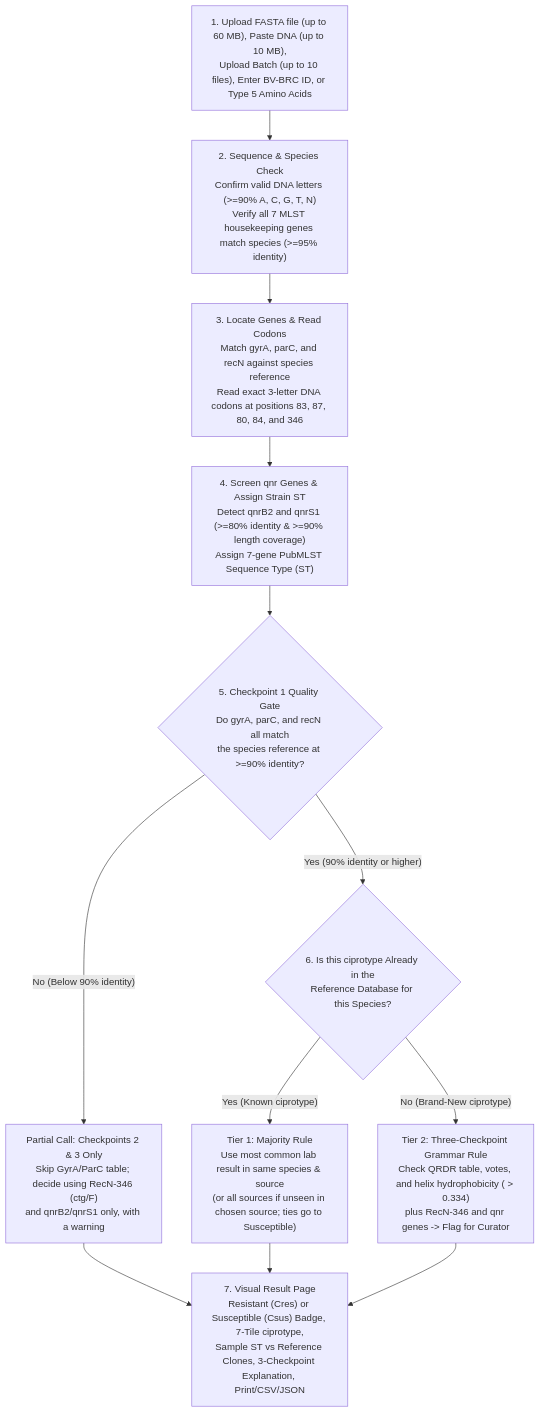
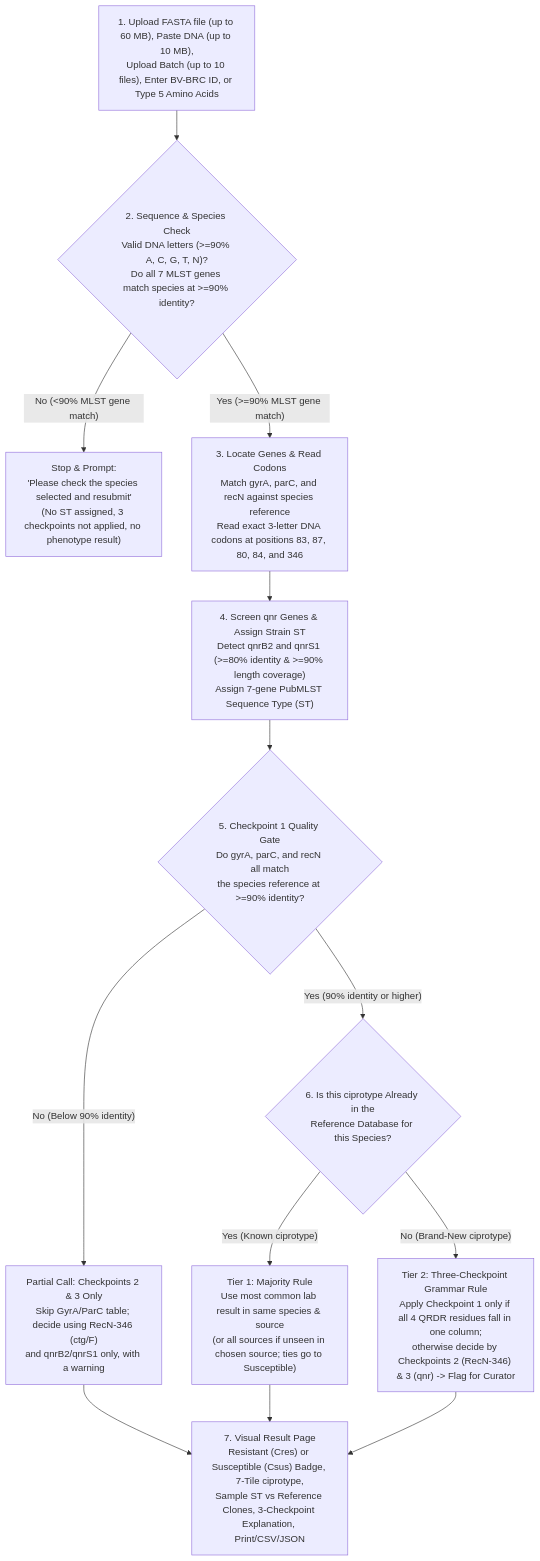
Before and after one commit to ikbalsk/Septatyper: the first of 3 diagrams in readme.md, drawn with Mermaid. The commit also changed other lines of this file and 1 other file, not shown here.

````diff
--- a/readme.md
+++ b/readme.md
@@ -82,14 +82,15 @@
 ```mermaid
 flowchart TD
-    A["1. Upload FASTA file (up to 60 MB), Paste DNA (up to 10 MB),<br/>Upload Batch (up to 10 files), Enter BV-BRC ID, or Type 5 Amino Acids"] --> B["2. Sequence & Species Check<br/>Confirm valid DNA letters (>=90% A, C, G, T, N)<br/>Verify all 7 MLST housekeeping genes match species (>=95% identity)"]
-    B --> C["3. Locate Genes & Read Codons<br/>Match gyrA, parC, and recN against species reference<br/>Read exact 3-letter DNA codons at positions 83, 87, 80, 84, and 346"]
+    A["1. Upload FASTA file (up to 60 MB), Paste DNA (up to 10 MB),<br/>Upload Batch (up to 10 files), Enter BV-BRC ID, or Type 5 Amino Acids"] --> B{"2. Sequence & Species Check<br/>Valid DNA letters (>=90% A, C, G, T, N)?<br/>Do all 7 MLST genes match species at >=90% identity?"}
+    B -- "No (<90% MLST gene match)" --> X["Stop & Prompt:<br/>'Please check the species selected and resubmit'<br/>(No ST assigned, 3 checkpoints not applied, no phenotype result)"]
+    B -- "Yes (>=90% MLST gene match)" --> C["3. Locate Genes & Read Codons<br/>Match gyrA, parC, and recN against species reference<br/>Read exact 3-letter DNA codons at positions 83, 87, 80, 84, and 346"]
     C --> D["4. Screen qnr Genes & Assign Strain ST<br/>Detect qnrB2 and qnrS1 (>=80% identity & >=90% length coverage)<br/>Assign 7-gene PubMLST Sequence Type (ST)"]
     D --> E{"5. Checkpoint 1 Quality Gate<br/>Do gyrA, parC, and recN all match<br/>the species reference at >=90% identity?"}
     E -- "No (Below 90% identity)" --> F["Partial Call: Checkpoints 2 & 3 Only<br/>Skip GyrA/ParC table; decide using RecN-346 (ctg/F)<br/>and qnrB2/qnrS1 only, with a warning"]
     E -- "Yes (90% identity or higher)" --> G{"6. Is this ciprotype Already in the<br/>Reference Database for this Species?"}
     G -- "Yes (Known ciprotype)" --> H["Tier 1: Majority Rule<br/>Use most common lab result in same species & source<br/>(or all sources if unseen in chosen source; ties go to Susceptible)"]
-    G -- "No (Brand-New ciprotype)" --> I["Tier 2: Three-Checkpoint Grammar Rule<br/>Check QRDR table, votes, and helix hydrophobicity (<H> > 0.334)<br/>plus RecN-346 and qnr genes -> Flag for Curator"]
+    G -- "No (Brand-New ciprotype)" --> I["Tier 2: Three-Checkpoint Grammar Rule<br/>Apply Checkpoint 1 only if all 4 QRDR residues fall in one column;<br/>otherwise decide by Checkpoints 2 (RecN-346) & 3 (qnr) -> Flag for Curator"]
     F --> J["7. Visual Result Page<br/>Resistant (Cres) or Susceptible (Csus) Badge, 7-Tile ciprotype,<br/>Sample ST vs Reference Clones, 3-Checkpoint Explanation, Print/CSV/JSON"]
     H --> J
     I --> J
 ```
````
